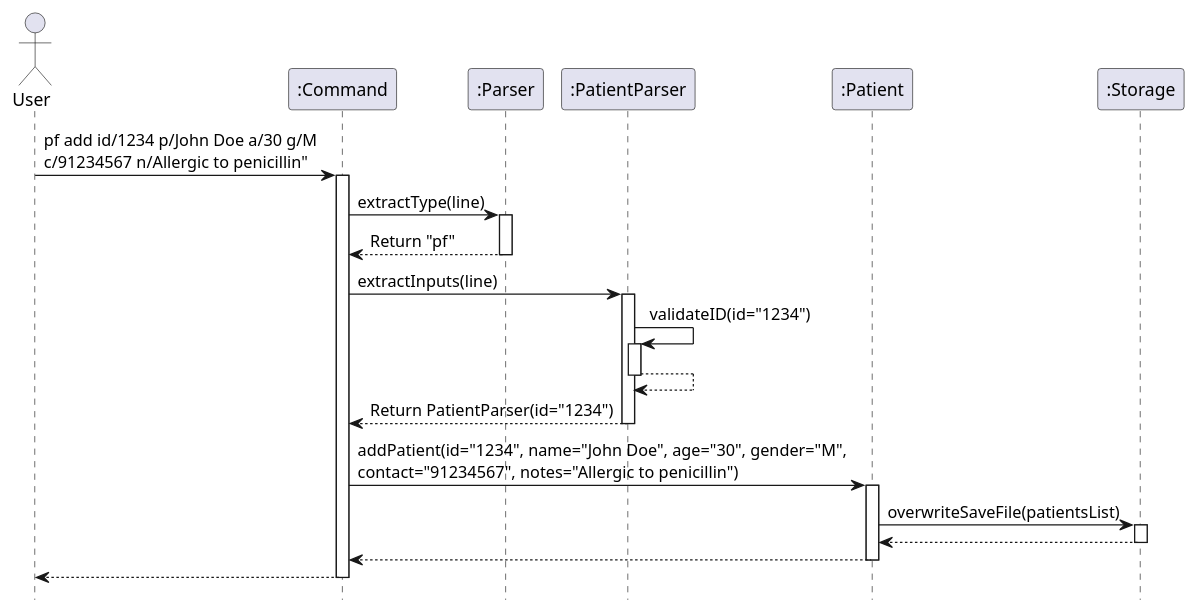
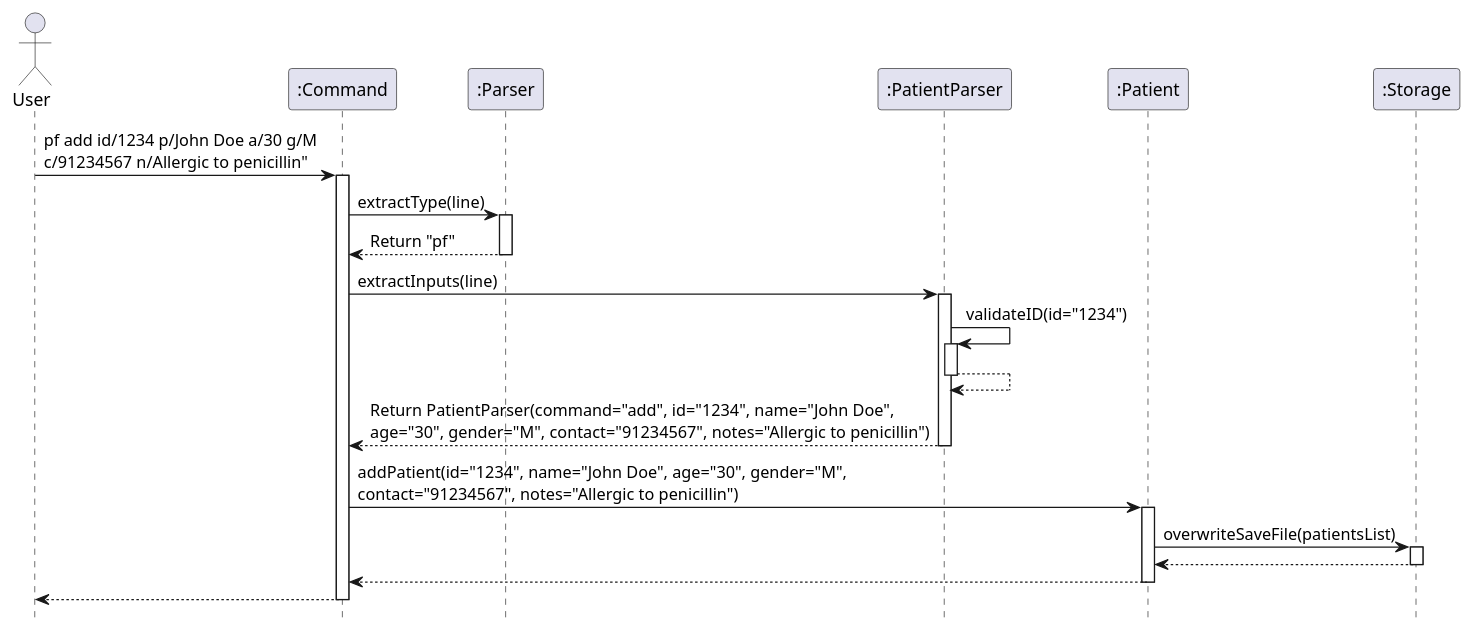
One commit to AY2425S2-CS2113-T11b-3/tp changed the diagram in docs/diagrams/patientSequenceDiagrams/addPatient.puml. Above: the diagram before and after it, drawn with PlantUML. The commit also changed 8 other files, not shown here.

```diff
--- a/docs/diagrams/patientSequenceDiagrams/addPatient.puml
+++ b/docs/diagrams/patientSequenceDiagrams/addPatient.puml
@@ -1,35 +1,35 @@
 @startuml
 
 hide footbox
 actor User
 participant ":Command" as Command
 participant ":Parser" as Parser
 participant ":PatientParser" as PatientParser
 participant ":Patient" as Patient
 participant ":Storage" as Storage
 
 User -> Command : pf add id/1234 p/John Doe a/30 g/M \nc/91234567 n/Allergic to penicillin"
 activate Command
   Command -> Parser : extractType(line)
   activate Parser
     Parser --> Command : Return "pf"
   deactivate Parser
     Command -> PatientParser : extractInputs(line)
   activate PatientParser
     PatientParser -> PatientParser : validateID(id="1234")
     activate PatientParser
     PatientParser --> PatientParser
     deactivate PatientParser
-    PatientParser --> Command : Return PatientParser(id="1234")
+    PatientParser --> Command : Return PatientParser(command="add", id="1234", name="John Doe", \nage="30", gender="M", contact="91234567", notes="Allergic to penicillin")
   deactivate PatientParser
     Command -> Patient : addPatient(id="1234", name="John Doe", age="30", gender="M", \ncontact="91234567", notes="Allergic to penicillin")
   activate Patient
     Patient -> Storage : overwriteSaveFile(patientsList)
   activate Storage
     Storage --> Patient
   deactivate Storage
     Patient --> Command
   deactivate Patient
     Command --> User
 deactivate Command
 @enduml
```
